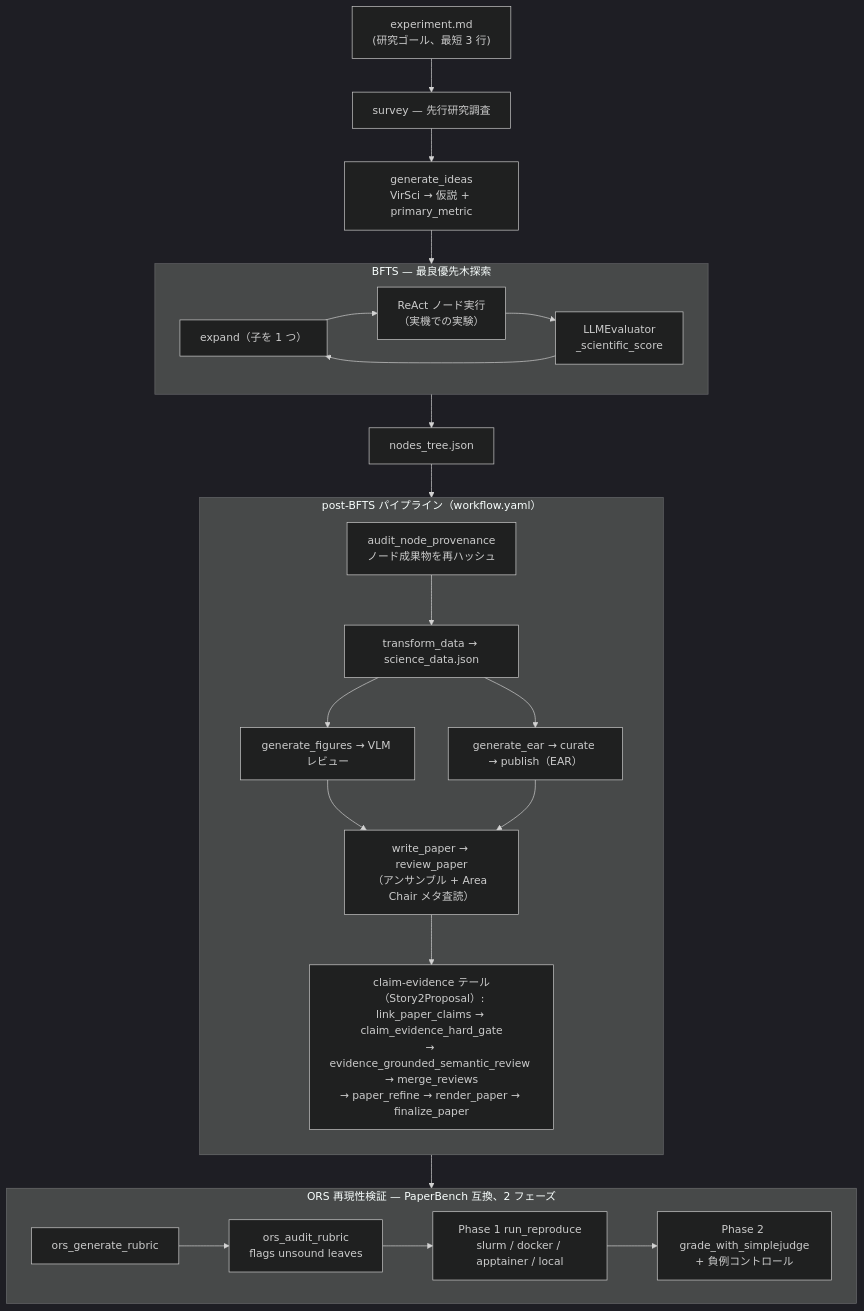
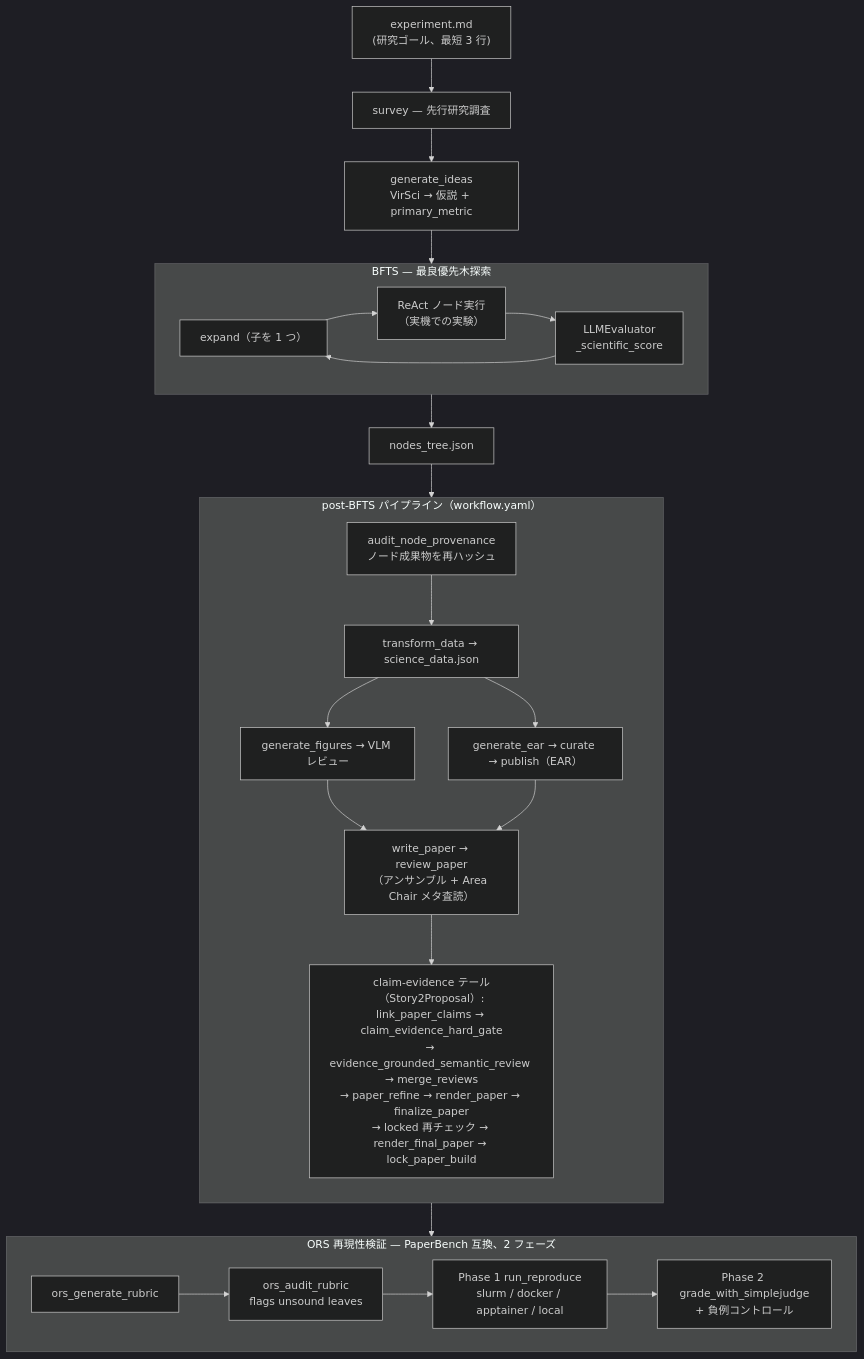
Before and after one commit to kotama7/ARI: the diagram in docs/ja/concepts/architecture.md, drawn with Mermaid (dark theme). The commit also changed other lines of this file and 123 other files, not shown here.

````diff
--- a/docs/ja/concepts/architecture.md
+++ b/docs/ja/concepts/architecture.md
@@ -64,43 +64,43 @@
 ```mermaid
 flowchart TB
     exp["experiment.md<br/>(研究ゴール、最短 3 行)"]
     exp --> survey["survey — 先行研究調査"]
     survey --> ideas["generate_ideas<br/>VirSci → 仮説 + primary_metric"]
     ideas --> bfts
 
     subgraph bfts["BFTS — 最良優先木探索"]
         direction LR
         expand["expand（子を 1 つ）"] --> run["ReAct ノード実行<br/>（実機での実験）"]
         run --> eval["LLMEvaluator<br/>_scientific_score"]
         eval --> expand
     end
 
     bfts --> tree["nodes_tree.json"]
 
     subgraph post["post-BFTS パイプライン（workflow.yaml）"]
         direction TB
         provenance["audit_node_provenance<br/>ノード成果物を再ハッシュ"]
         transform["transform_data → science_data.json"]
         figures["generate_figures → VLM レビュー"]
         paper["write_paper → review_paper<br/>（アンサンブル + Area Chair メタ査読）"]
-        claimtail["claim-evidence テール（Story2Proposal）:<br/>link_paper_claims → claim_evidence_hard_gate<br/>→ evidence_grounded_semantic_review → merge_reviews<br/>→ paper_refine → render_paper → finalize_paper"]
+        claimtail["claim-evidence テール（Story2Proposal）:<br/>link_paper_claims → claim_evidence_hard_gate<br/>→ evidence_grounded_semantic_review → merge_reviews<br/>→ paper_refine → render_paper → finalize_paper<br/>→ locked 再チェック → render_final_paper → lock_paper_build"]
         ear["generate_ear → curate → publish（EAR）"]
         provenance --> transform
         transform --> figures
         transform --> ear
         figures --> paper
         ear --> paper
         paper --> claimtail
     end
 
     tree --> post
 
     subgraph ors["ORS 再現性検証 — PaperBench 互換、2 フェーズ"]
         direction LR
         rubric["ors_generate_rubric"] --> audit["ors_audit_rubric<br/>flags unsound leaves"]
         audit --> p1["Phase 1 run_reproduce<br/>slurm / docker / apptainer / local"]
         p1 --> p2["Phase 2 grade_with_simplejudge<br/>+ 負例コントロール"]
     end
 
     post --> ors
 ```
````
